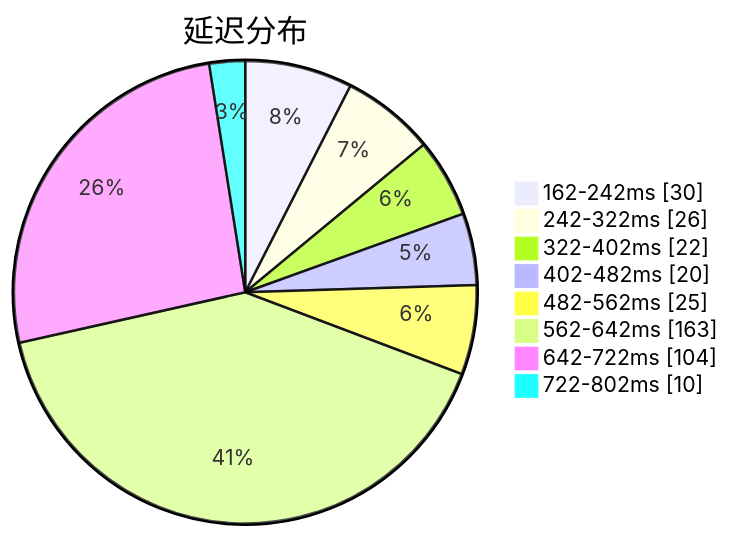
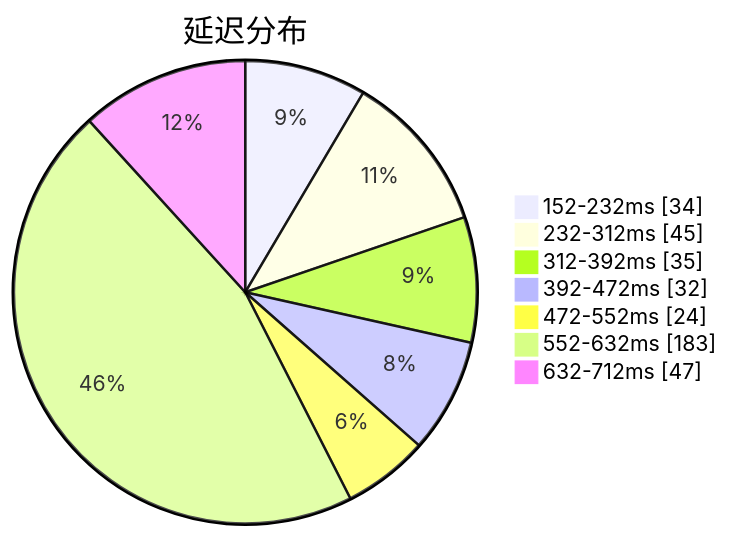
The first of 3 diagrams in subs/statistics/tested_within.md (qjlxg/airport), drawn with Mermaid before and after one commit. The commit also changed other lines of this file and 2 other files, not shown here.

Commit message:
Tested by metaST

````diff
--- a/subs/statistics/tested_within.md
+++ b/subs/statistics/tested_within.md
@@ -2,12 +2,11 @@
 ```mermaid
 pie showData
 title 延迟分布
-"162-242ms" : 30
-"242-322ms" : 26
-"322-402ms" : 22
-"402-482ms" : 20
-"482-562ms" : 25
-"562-642ms" : 163
-"642-722ms" : 104
-"722-802ms" : 10
+"152-232ms" : 34
+"232-312ms" : 45
+"312-392ms" : 35
+"392-472ms" : 32
+"472-552ms" : 24
+"552-632ms" : 183
+"632-712ms" : 47
 ```
````
